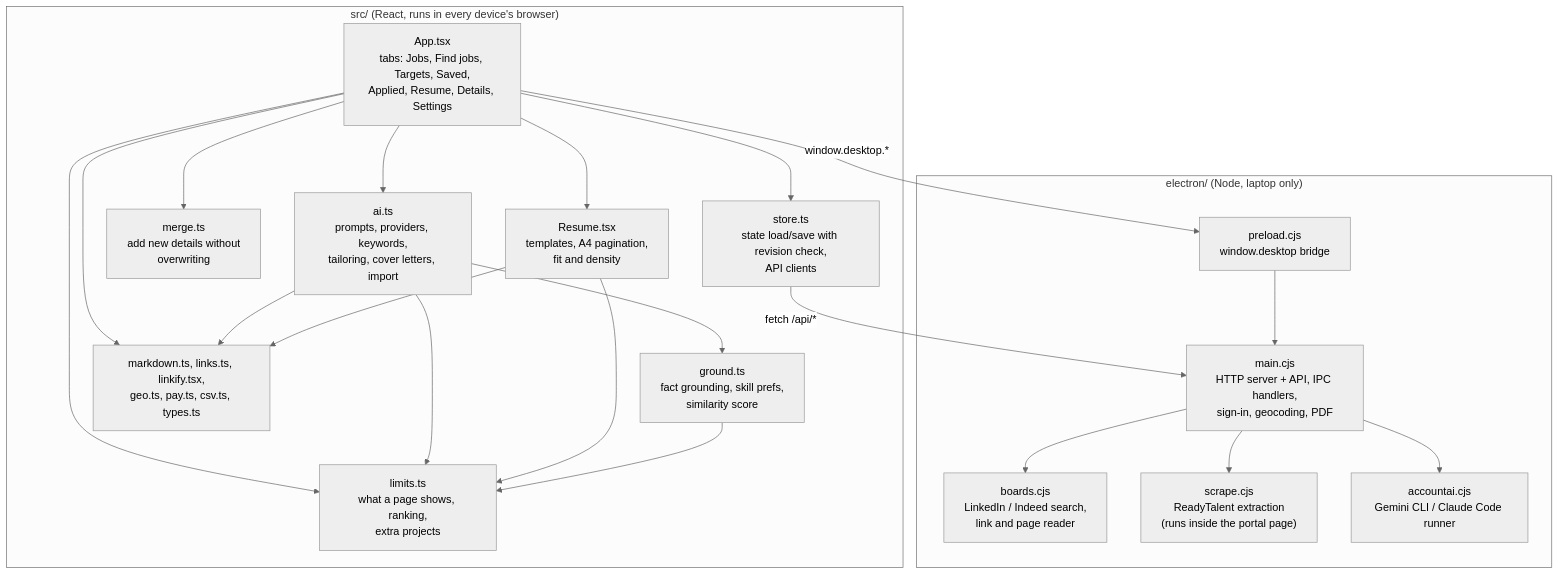
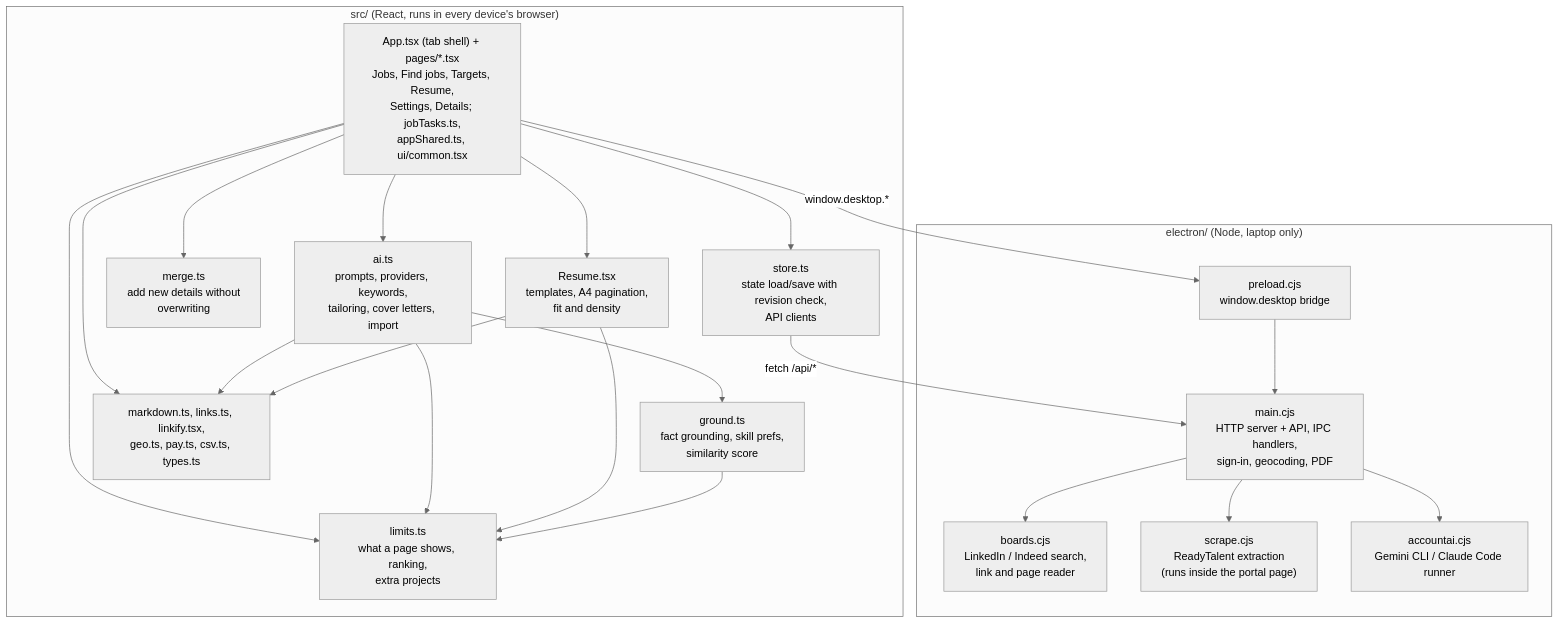
The second of 10 diagrams in docs/ARCHITECTURE.md (nyx-ulrix/readytalent-scraper), drawn with Mermaid (neutral theme) before and after one commit. The commit also changed 15 other files, not shown here.

Commit message:
Split App.tsx into per-page modules (move-only); close hidden portal/board windows with the app and block web notifications; v1.3.8

````diff
--- a/docs/ARCHITECTURE.md
+++ b/docs/ARCHITECTURE.md
@@ -65,29 +65,29 @@
 ```mermaid
 flowchart TB
   subgraph UI["src/ (React, runs in every device's browser)"]
-    App["App.tsx<br/>tabs: Jobs, Find jobs, Targets, Saved,<br/>Applied, Resume, Details, Settings"]
+    App["App.tsx (tab shell) + pages/*.tsx<br/>Jobs, Find jobs, Targets, Resume,<br/>Settings, Details; jobTasks.ts,<br/>appShared.ts, ui/common.tsx"]
     Store["store.ts<br/>state load/save with revision check,<br/>API clients"]
     AIts["ai.ts<br/>prompts, providers, keywords,<br/>tailoring, cover letters, import"]
     Ground["ground.ts<br/>fact grounding, skill prefs,<br/>similarity score"]
     Limits["limits.ts<br/>what a page shows, ranking,<br/>extra projects"]
     Merge["merge.ts<br/>add new details without<br/>overwriting"]
     Resume["Resume.tsx<br/>templates, A4 pagination,<br/>fit and density"]
     Small["markdown.ts, links.ts, linkify.tsx,<br/>geo.ts, pay.ts, csv.ts, types.ts"]
   end
 
   subgraph Main["electron/ (Node, laptop only)"]
     MainCjs["main.cjs<br/>HTTP server + API, IPC handlers,<br/>sign-in, geocoding, PDF"]
     Boards["boards.cjs<br/>LinkedIn / Indeed search,<br/>link and page reader"]
     Scrape["scrape.cjs<br/>ReadyTalent extraction<br/>(runs inside the portal page)"]
     Acc["accountai.cjs<br/>Gemini CLI / Claude Code runner"]
     Pre["preload.cjs<br/>window.desktop bridge"]
   end
 
   App --> Store & AIts & Resume & Limits & Merge & Small
   AIts --> Ground & Limits & Small
   Resume --> Limits & Small
   Ground --> Limits
   Store -- "fetch /api/*" --> MainCjs
   App -- "window.desktop.*" --> Pre --> MainCjs
   MainCjs --> Boards & Scrape & Acc
 ```
````
